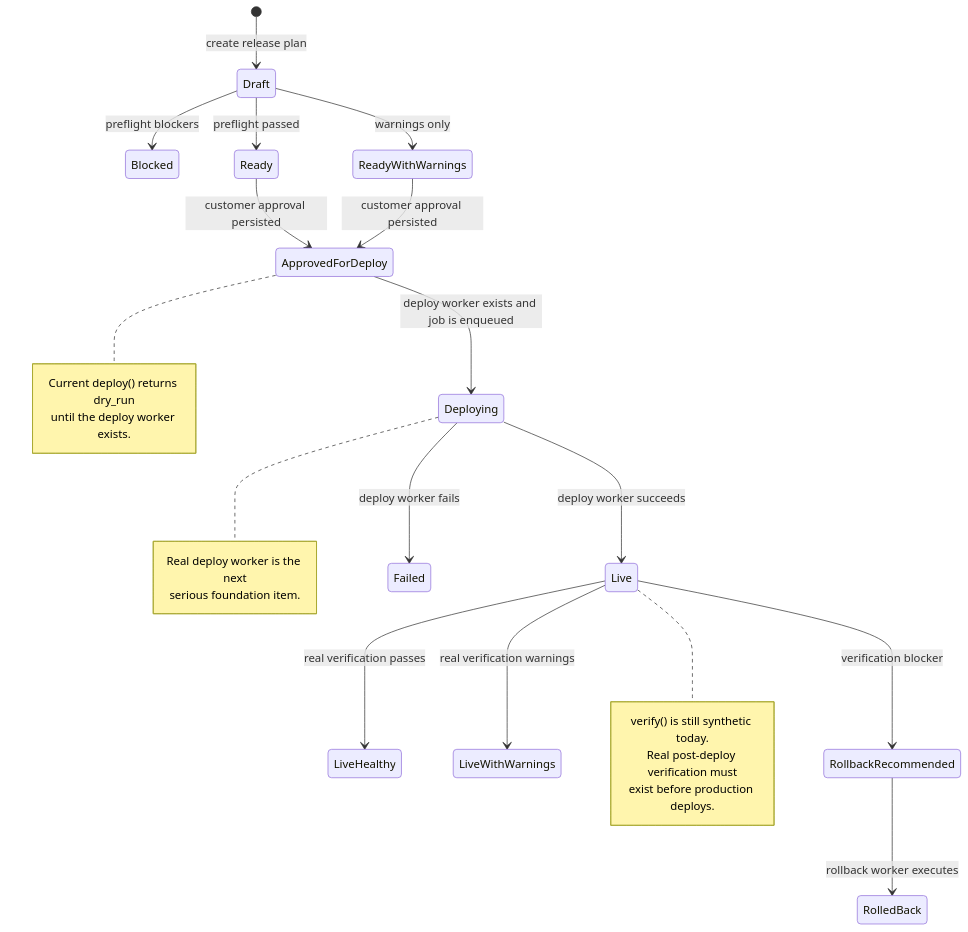
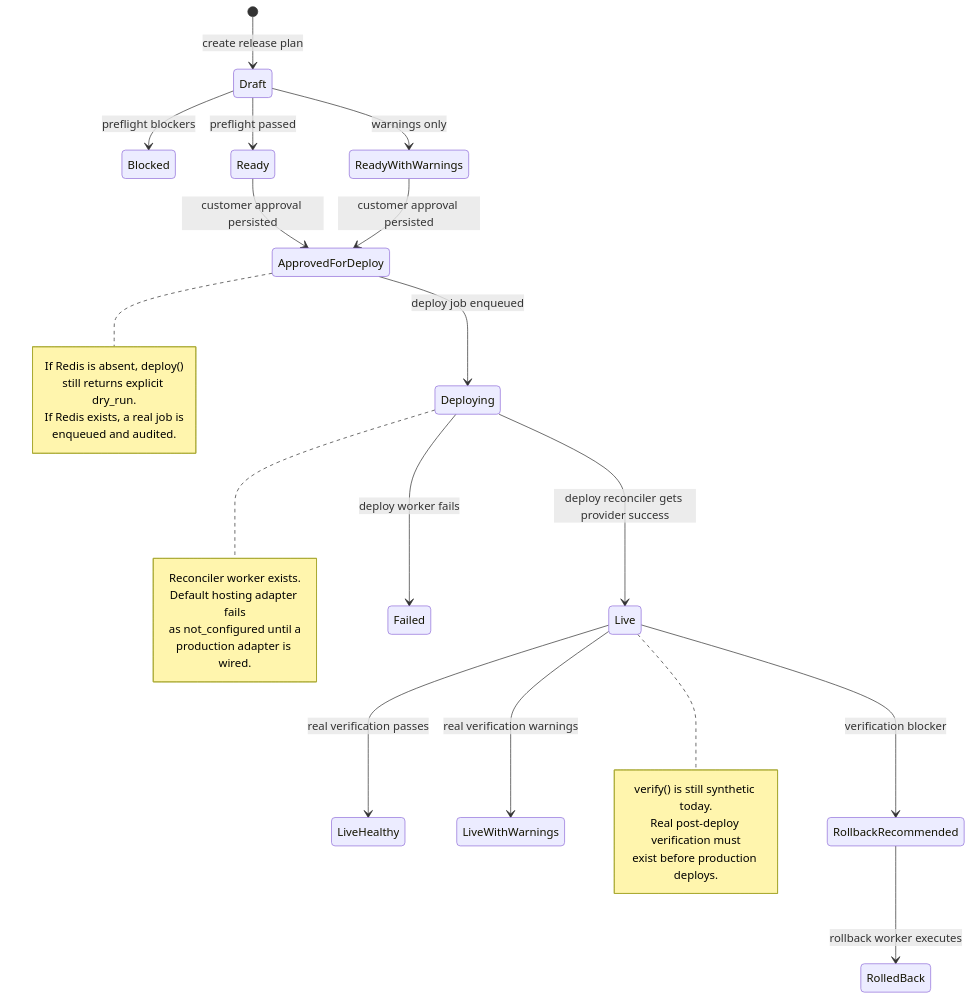
Before and after one commit to mayett515/Seo_automatisation: the second of 3 diagrams in docs/architecture/backend-foundation-status.md, drawn with Mermaid. The commit also changed other lines of this file and 11 other files, not shown here.

Commit message:
Implement deploy reconciler worker

````diff
--- a/docs/architecture/backend-foundation-status.md
+++ b/docs/architecture/backend-foundation-status.md
@@ -62,32 +63,36 @@
 ```mermaid
 stateDiagram-v2
   [*] --> Draft: create release plan
   Draft --> Blocked: preflight blockers
   Draft --> Ready: preflight passed
   Draft --> ReadyWithWarnings: warnings only
   Ready --> ApprovedForDeploy: customer approval persisted
   ReadyWithWarnings --> ApprovedForDeploy: customer approval persisted
-  ApprovedForDeploy --> Deploying: deploy worker exists and job is enqueued
-  Deploying --> Live: deploy worker succeeds
+  ApprovedForDeploy --> Deploying: deploy job enqueued
+  Deploying --> Live: deploy reconciler gets provider success
   Deploying --> Failed: deploy worker fails
   Live --> LiveHealthy: real verification passes
   Live --> LiveWithWarnings: real verification warnings
   Live --> RollbackRecommended: verification blocker
   RollbackRecommended --> RolledBack: rollback worker executes
 
   note right of Deploying
-    Real deploy worker is the next
-    serious foundation item.
+    Reconciler worker exists.
+    Default hosting adapter fails
+    as not_configured until a
+    production adapter is wired.
   end note
 
   note right of ApprovedForDeploy
-    Current deploy() returns dry_run
-    until the deploy worker exists.
+    If Redis is absent, deploy()
+    still returns explicit dry_run.
+    If Redis exists, a real job is
+    enqueued and audited.
   end note
 
   note right of Live
     verify() is still synthetic today.
     Real post-deploy verification must
     exist before production deploys.
   end note
 ```
````
